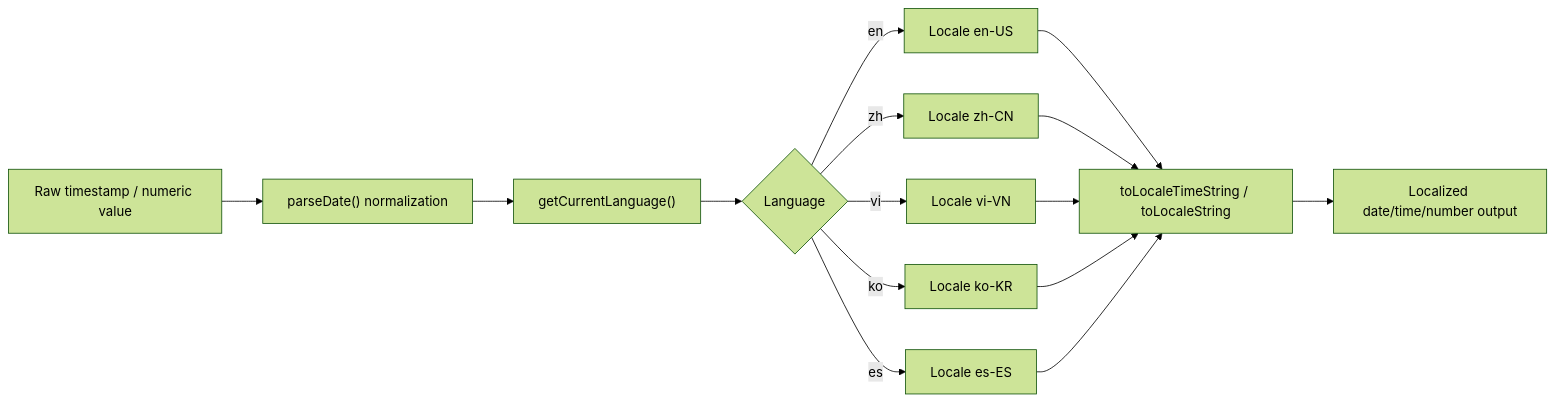
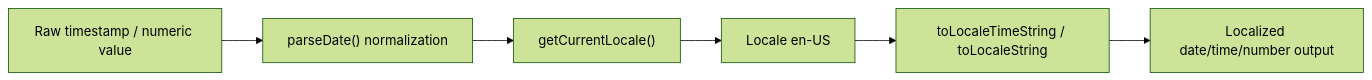
One commit to buluma/Code-Agent-Monitor changed the sixth of 6 diagrams in docs/I18N.md. Above: the diagram before and after it, drawn with Mermaid (forest theme). The commit also changed other lines of this file and 71 other files, not shown here.

````diff
--- a/docs/I18N.md
+++ b/docs/I18N.md
@@ -233,17 +214,8 @@
 ```mermaid
 flowchart LR
     A["Raw timestamp / numeric value"] --> B["parseDate() normalization"]
-    B --> C["getCurrentLanguage()"]
-    C --> D{"Language"}
-    D -->|en| E["Locale en-US"]
-    D -->|zh| F["Locale zh-CN"]
-    D -->|vi| G["Locale vi-VN"]
-    D -->|ko| H["Locale ko-KR"]
-    D -->|es| J["Locale es-ES"]
-    E --> K["toLocaleTimeString / toLocaleString"]
-    F --> K
-    G --> K
-    H --> K
-    J --> K
-    K --> I["Localized date/time/number output"]
+    B --> C["getCurrentLocale()"]
+    C --> D["Locale en-US"]
+    D --> E["toLocaleTimeString / toLocaleString"]
+    E --> F["Localized date/time/number output"]
 ```
````
